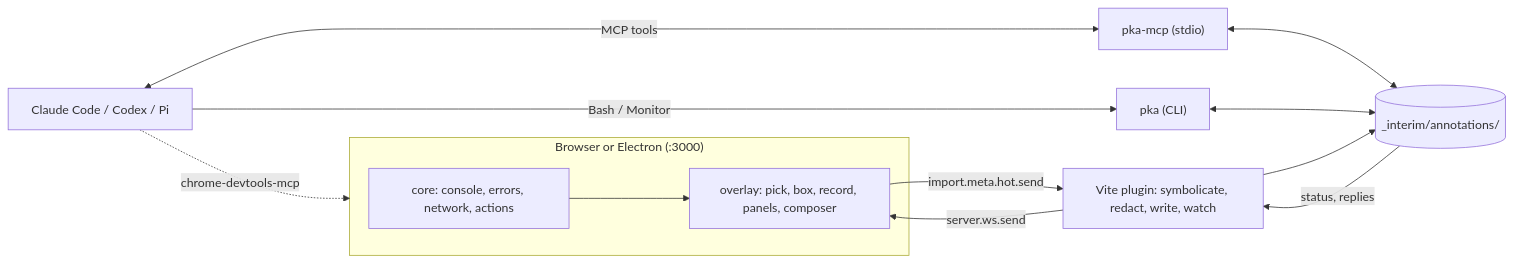
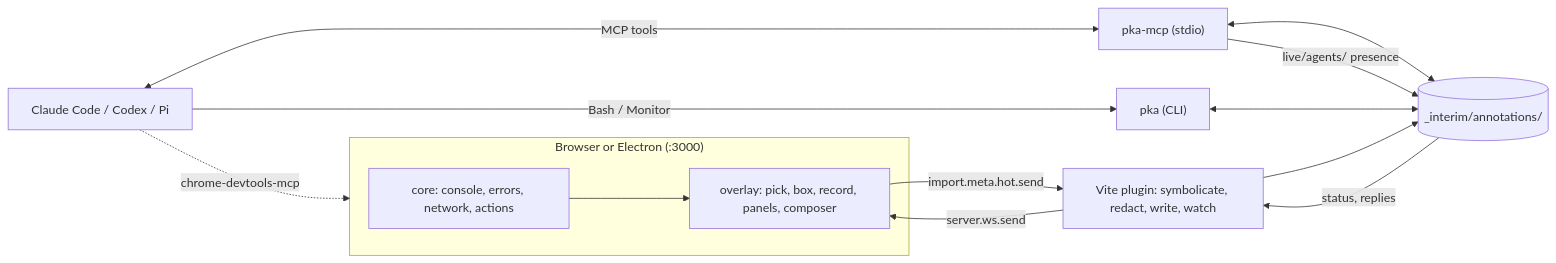
Before and after one commit to pbkimdev/pk-annotator: the diagram in docs/DESIGN.md, drawn with Mermaid. The commit also changed other lines of this file and 1 other file, not shown here.

Commit message:
Document agent presence and theme, and smoke-test the theme, hub count, and session Exit

````diff
--- a/docs/DESIGN.md
+++ b/docs/DESIGN.md
@@ -110,17 +122,18 @@
 ```mermaid
 flowchart LR
   subgraph Page["Browser or Electron (:3000)"]
     Core["core: console, errors, network, actions"]
     UI["overlay: pick, box, record, panels, composer"]
     Core --> UI
   end
   UI -- "import.meta.hot.send" --> Plugin["Vite plugin: symbolicate, redact, write, watch"]
   Plugin --> Store[("_interim/annotations/")]
   Store -- "status, replies" --> Plugin
   Plugin -- "server.ws.send" --> UI
   MCP["pka-mcp (stdio)"] <--> Store
   CLI["pka (CLI)"] <--> Store
+  MCP -- "live/agents/ presence" --> Store
   Agent["Claude Code / Codex / Pi"] <-- "MCP tools" --> MCP
   Agent -- "Bash / Monitor" --> CLI
   Agent -. "chrome-devtools-mcp" .-> Page
 ```
````
